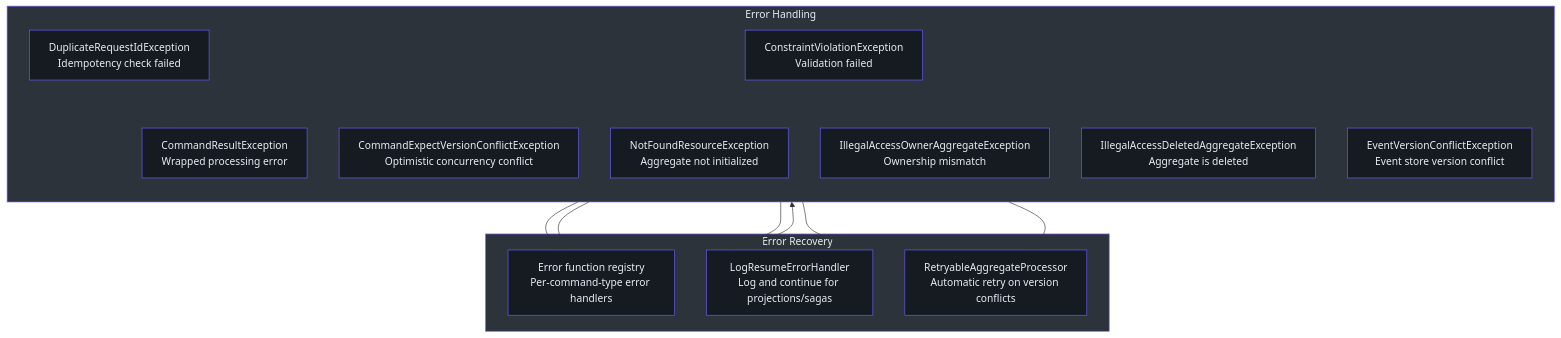
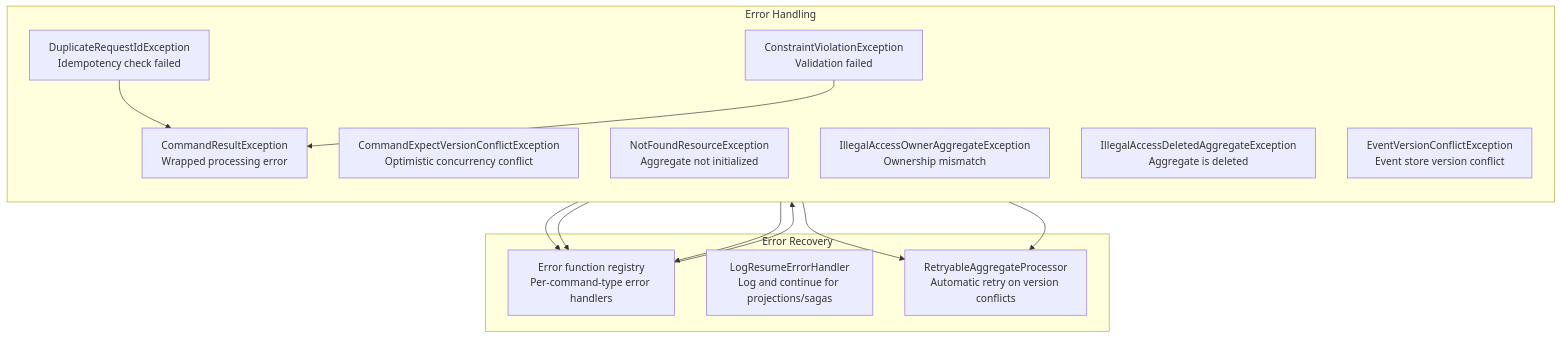
Before and after one commit to Ahoo-Wang/Wow: the tenth of 10 diagrams in documentation/docs/en/guide/advanced/data-flow.md, drawn with Mermaid. The commit also changed other lines of this file and 32 other files, not shown here.

Commit message:
docs: remove unsupported style/classDef directives from stateDiagram-v2 Mermaid blocks

````diff
--- a/documentation/docs/en/guide/advanced/data-flow.md
+++ b/documentation/docs/en/guide/advanced/data-flow.md
@@ -464,45 +454,32 @@
 ```mermaid
 graph TB
     subgraph Errors["Error Handling"]
         direction TB
         E1["DuplicateRequestIdException<br>Idempotency check failed"]
         E2["ConstraintViolationException<br>Validation failed"]
         E3["CommandExpectVersionConflictException<br>Optimistic concurrency conflict"]
         E4["NotFoundResourceException<br>Aggregate not initialized"]
         E5["IllegalAccessOwnerAggregateException<br>Ownership mismatch"]
         E6["IllegalAccessDeletedAggregateException<br>Aggregate is deleted"]
         E7["EventVersionConflictException<br>Event store version conflict"]
         E8["CommandResultException<br>Wrapped processing error"]
     end
 
     subgraph Handlers["Error Recovery"]
         ER1["Error function registry<br>Per-command-type error handlers"]
         ER2["LogResumeErrorHandler<br>Log and continue for projections/sagas"]
         ER3["RetryableAggregateProcessor<br>Automatic retry on version conflicts"]
     end
 
     E1 --> E8
     E2 --> E8
     E3 --> ER3
     E7 --> ER3
     E4 --> ER1
     E5 --> ER1
     E6 --> ER1
     ER1 --> E8
 
-    style Errors fill:#2d333b,stroke:#6d5dfc,color:#e6edf3
-    style Handlers fill:#2d333b,stroke:#6d5dfc,color:#e6edf3
-    style E1 fill:#161b22,stroke:#6d5dfc,color:#e6edf3
-    style E2 fill:#161b22,stroke:#6d5dfc,color:#e6edf3
-    style E3 fill:#161b22,stroke:#6d5dfc,color:#e6edf3
-    style E4 fill:#161b22,stroke:#6d5dfc,color:#e6edf3
-    style E5 fill:#161b22,stroke:#6d5dfc,color:#e6edf3
-    style E6 fill:#161b22,stroke:#6d5dfc,color:#e6edf3
-    style E7 fill:#161b22,stroke:#6d5dfc,color:#e6edf3
-    style E8 fill:#161b22,stroke:#6d5dfc,color:#e6edf3
-    style ER1 fill:#161b22,stroke:#6d5dfc,color:#e6edf3
-    style ER2 fill:#161b22,stroke:#6d5dfc,color:#e6edf3
-    style ER3 fill:#161b22,stroke:#6d5dfc,color:#e6edf3
 
 
 ```
````
